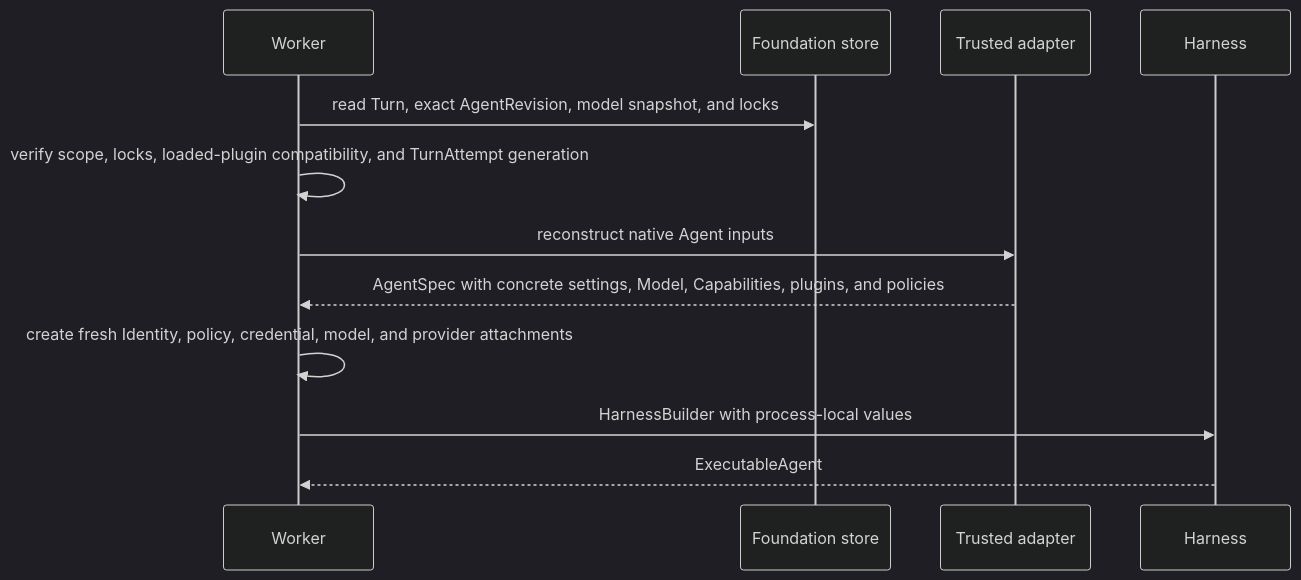
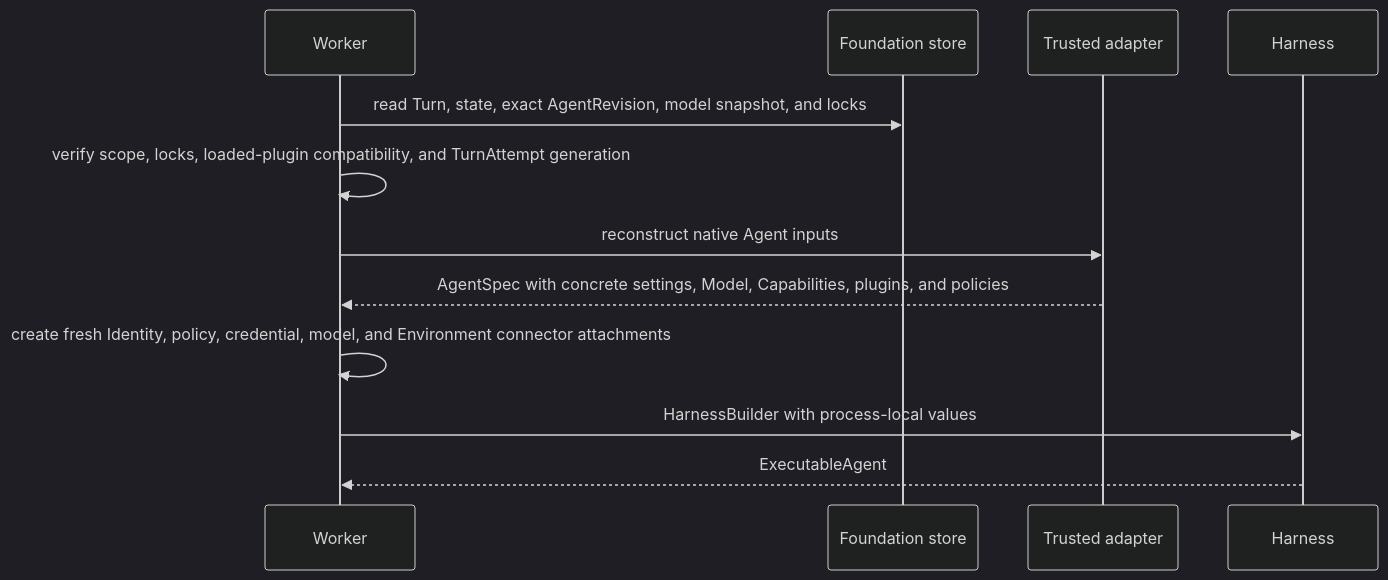
Before and after one commit to LTThreeComma/agent-foundation: the second of 2 diagrams in spec/foundation-service/12-agent-revisions-and-reconstruction.md, drawn with Mermaid (dark theme). The commit also changed other lines of this file and 21 other files, not shown here.

````diff
--- a/spec/foundation-service/12-agent-revisions-and-reconstruction.md
+++ b/spec/foundation-service/12-agent-revisions-and-reconstruction.md
@@ -121,15 +150,15 @@
 ```mermaid
 sequenceDiagram
     participant Worker
     participant Store as Foundation store
     participant Adapter as Trusted adapter
     participant Harness
 
-    Worker->>Store: read Turn, exact AgentRevision, model snapshot, and locks
+    Worker->>Store: read Turn, state, exact AgentRevision, model snapshot, and locks
     Worker->>Worker: verify scope, locks, loaded-plugin compatibility, and TurnAttempt generation
     Worker->>Adapter: reconstruct native Agent inputs
     Adapter-->>Worker: AgentSpec with concrete settings, Model, Capabilities, plugins, and policies
-    Worker->>Worker: create fresh Identity, policy, credential, model, and provider attachments
+    Worker->>Worker: create fresh Identity, policy, credential, model, and Environment connector attachments
     Worker->>Harness: HarnessBuilder with process-local values
     Harness-->>Worker: ExecutableAgent
 ```
````
